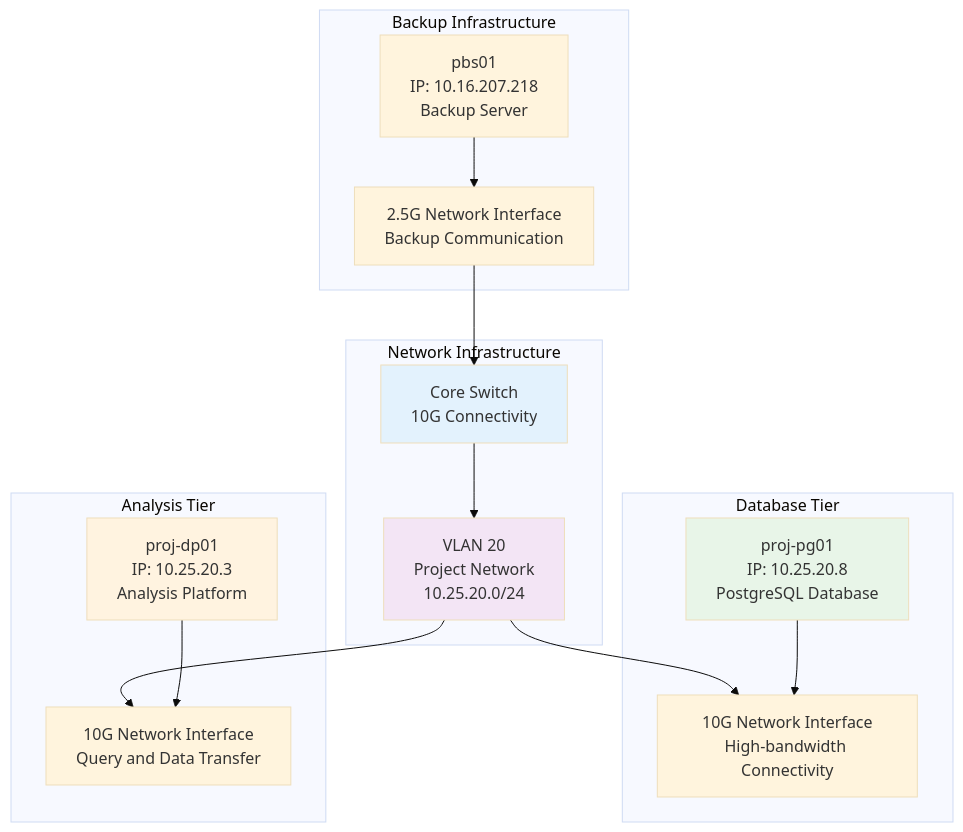
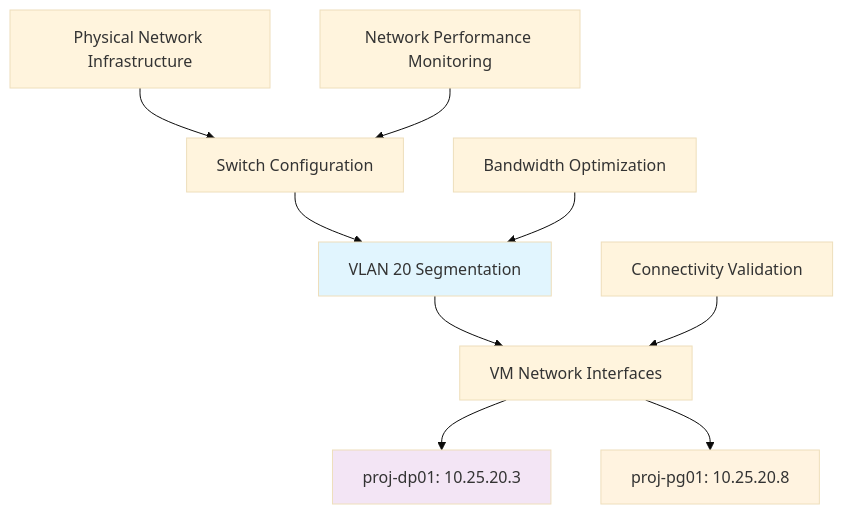
One commit to Pxomox-Astronomy-Lab/desi-cosmic-void-galaxies changed the diagram in infrastructure/deployment/network-configuration.md. Above: the diagram before and after it, drawn with Mermaid (base theme). The commit also changed other lines of this file and 26 other files, not shown here.

````diff
--- a/infrastructure/deployment/network-configuration.md
+++ b/infrastructure/deployment/network-configuration.md
@@ -122,35 +115,17 @@
 ```mermaid
-graph TB
-    subgraph "Network Infrastructure"
-        SWITCH[Core Switch<br/>10G Connectivity]
-        VLAN20[VLAN 20<br/>Project Network<br/>10.25.20.0/24]
-    end
+graph TD
+    A[Physical Network Infrastructure] --> B[Switch Configuration]
+    B --> C[VLAN 20 Segmentation]
+    C --> D[VM Network Interfaces]
     
-    subgraph "Database Tier"
-        DB[proj-pg01<br/>IP: 10.25.20.8<br/>PostgreSQL Database]
-        DBNIC[10G Network Interface<br/>High-bandwidth Connectivity]
-    end
+    D --> E[proj-dp01: 10.25.20.3]
+    D --> F[proj-pg01: 10.25.20.8]
     
-    subgraph "Analysis Tier"
-        ANALYSIS[proj-dp01<br/>IP: 10.25.20.3<br/>Analysis Platform]
-        ANICNIC[10G Network Interface<br/>Query and Data Transfer]
-    end
+    G[Network Performance Monitoring] --> B
+    H[Bandwidth Optimization] --> C
+    I[Connectivity Validation] --> D
     
-    subgraph "Backup Infrastructure"
-        BACKUP[pbs01<br/>IP: 10.16.207.218<br/>Backup Server]
-        BNIC[2.5G Network Interface<br/>Backup Communication]
-    end
-    
-    SWITCH --> VLAN20
-    VLAN20 --> DBNIC
-    VLAN20 --> ANICNIC
-    DB --> DBNIC
-    ANALYSIS --> ANICNIC
-    BACKUP --> BNIC
-    BNIC --> SWITCH
-    
-    style SWITCH fill:#e3f2fd
-    style VLAN20 fill:#f3e5f5
-    style DB fill:#e8f5e8
-    style ANALYSIS fill:#fff3e0
+    style C fill:#e1f5fe
+    style E fill:#f3e5f5
+    style F fill:#fff3e0
 ```
````
